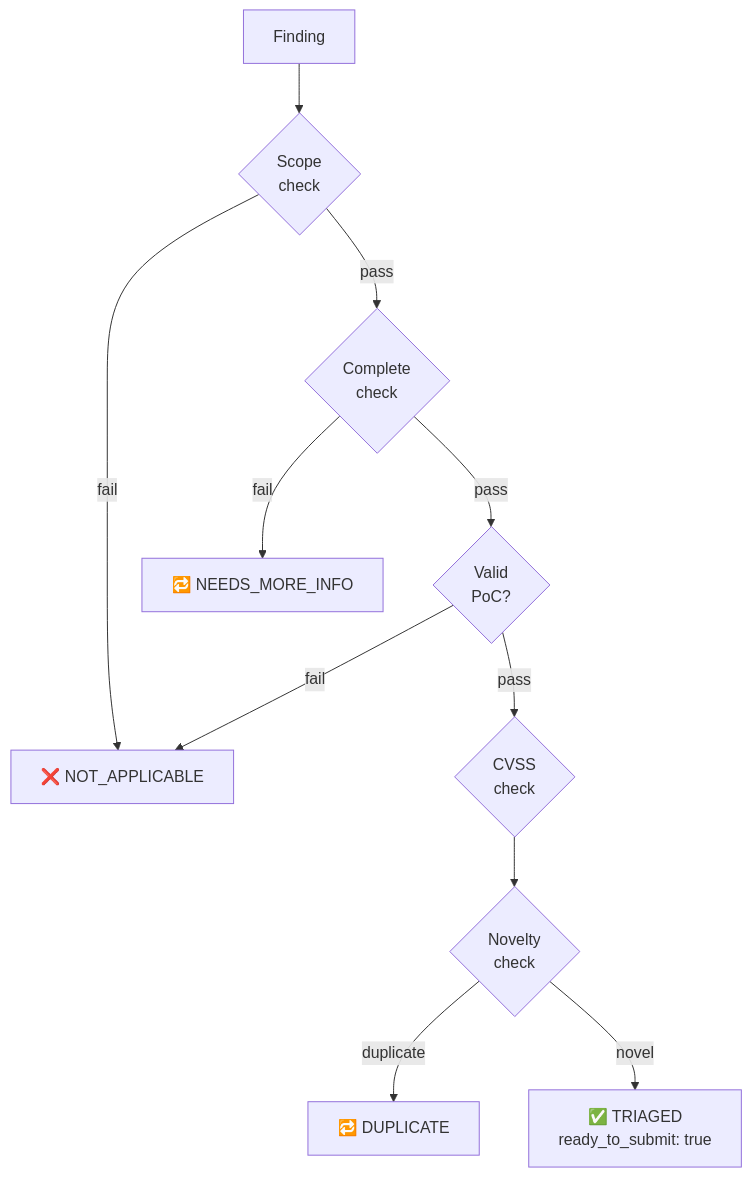
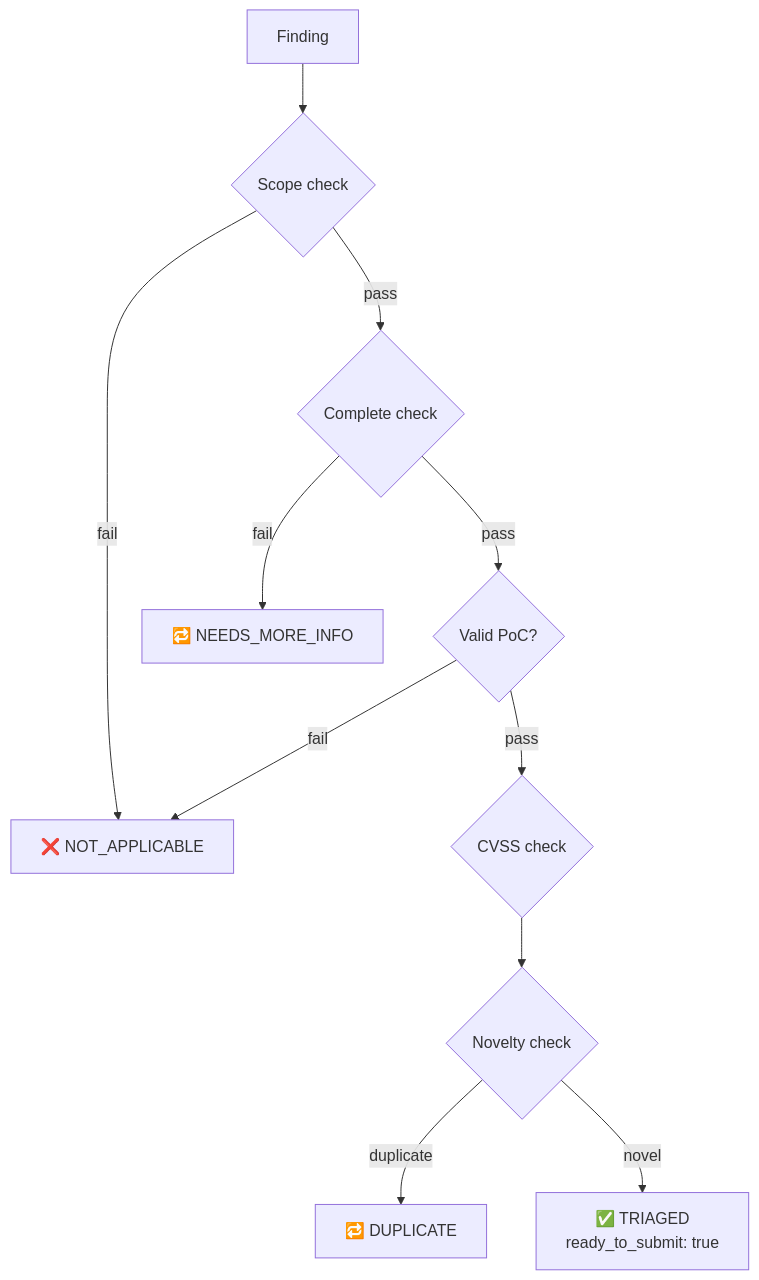
One commit to xlocux/Agentic-BugBounty changed the third of 3 diagrams in docs/GUIDE.md. Above: the diagram before and after it, drawn with Mermaid. The commit also changed other lines of this file and 7 other files, not shown here.

````diff
--- a/docs/GUIDE.md
+++ b/docs/GUIDE.md
@@ -890,24 +816,24 @@
 ```mermaid
 flowchart TD
     F["Finding"]
-    S{"Scope\ncheck"}
-    C{"Complete\ncheck"}
-    V{"Valid\nPoC?"}
-    CV{"CVSS\ncheck"}
-    N{"Novelty\ncheck"}
+    S{"Scope check"}
+    C{"Complete check"}
+    V{"Valid PoC?"}
+    CV{"CVSS check"}
+    N{"Novelty check"}
     OK["✅ TRIAGED\nready_to_submit: true"]
     NA["❌ NOT_APPLICABLE"]
     NMI["🔁 NEEDS_MORE_INFO"]
     DUP["🔁 DUPLICATE"]
 
     F --> S
     S -- fail --> NA
     S -- pass --> C
     C -- fail --> NMI
     C -- pass --> V
     V -- fail --> NA
     V -- pass --> CV
     CV --> N
     N -- duplicate --> DUP
     N -- novel --> OK
 ```
````
